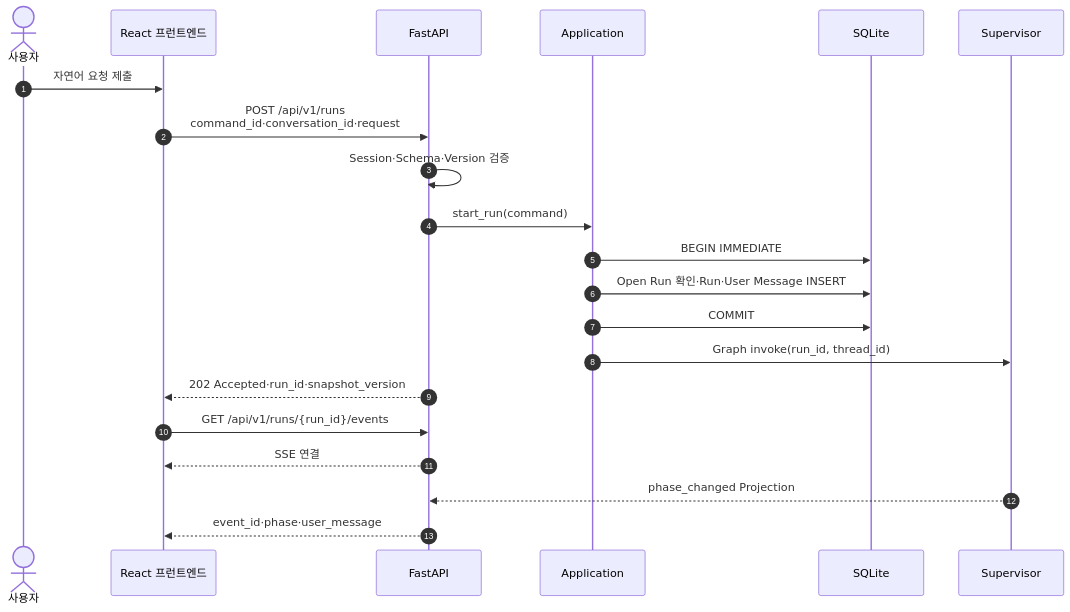
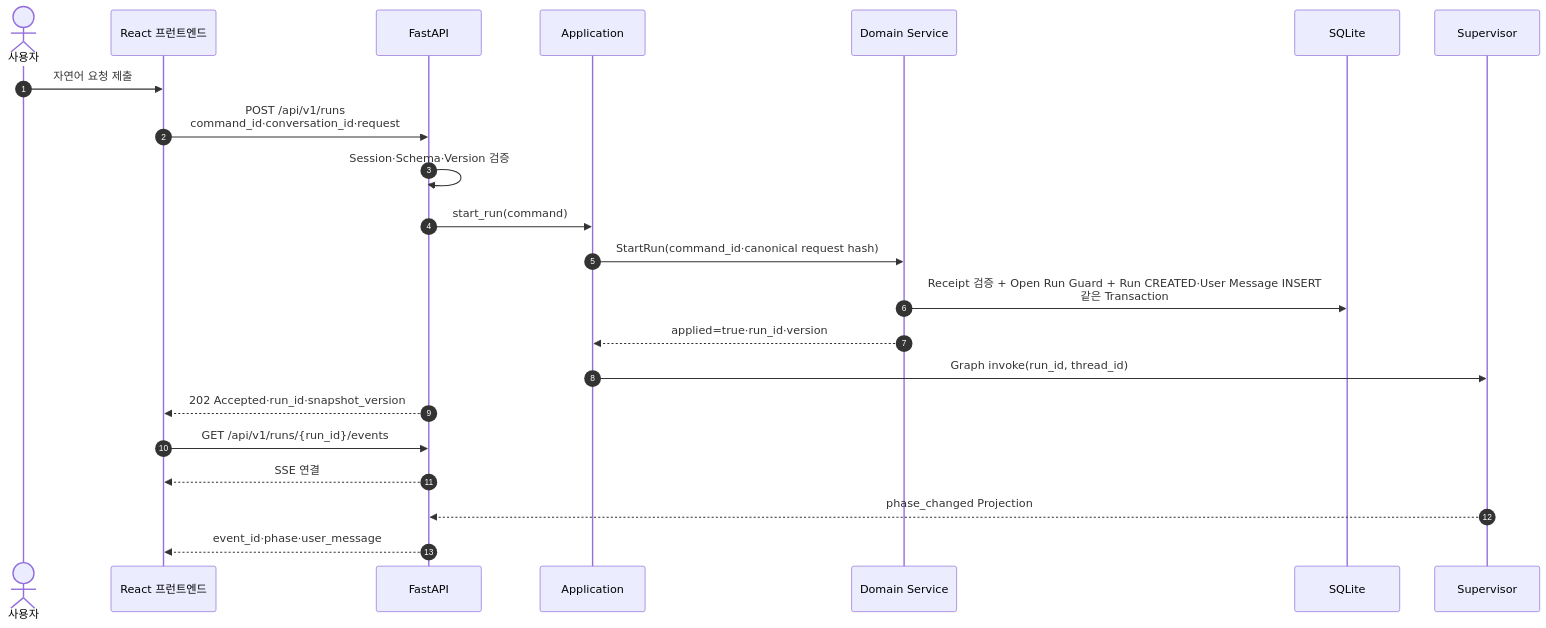
One commit to solar-ai-dev/google-work-agent changed the second of 20 diagrams in docs/08-sequence-design.md. Above: the diagram before and after it, drawn with Mermaid. The commit also changed other lines of this file and 16 other files, not shown here.

````diff
--- a/docs/08-sequence-design.md
+++ b/docs/08-sequence-design.md
@@ -164,24 +186,25 @@
 ```mermaid
 sequenceDiagram
     autonumber
     actor U as 사용자
     participant FE as React 프런트엔드
     participant API as FastAPI
     participant APP as Application
+    participant DOM as Domain Service
     participant DB as SQLite
     participant SUP as Supervisor
 
     U->>FE: 자연어 요청 제출
     FE->>API: POST /api/v1/runs<br>command_id·conversation_id·request
     API->>API: Session·Schema·Version 검증
     API->>APP: start_run(command)
-    APP->>DB: BEGIN IMMEDIATE
-    APP->>DB: Open Run 확인·Run·User Message INSERT
-    APP->>DB: COMMIT
+    APP->>DOM: StartRun(command_id·canonical request hash)
+    DOM->>DB: Receipt 검증 + Open Run Guard + Run CREATED·User Message INSERT<br>같은 Transaction
+    DOM-->>APP: applied=true·run_id·version
     APP->>SUP: Graph invoke(run_id, thread_id)
     API-->>FE: 202 Accepted·run_id·snapshot_version
     FE->>API: GET /api/v1/runs/{run_id}/events
     API-->>FE: SSE 연결
     SUP-->>API: phase_changed Projection
     API-->>FE: event_id·phase·user_message
 ```
````
